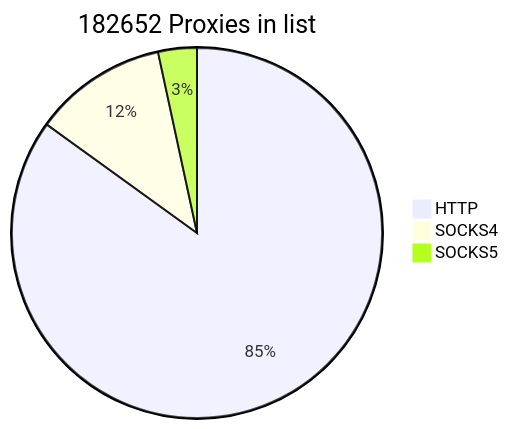
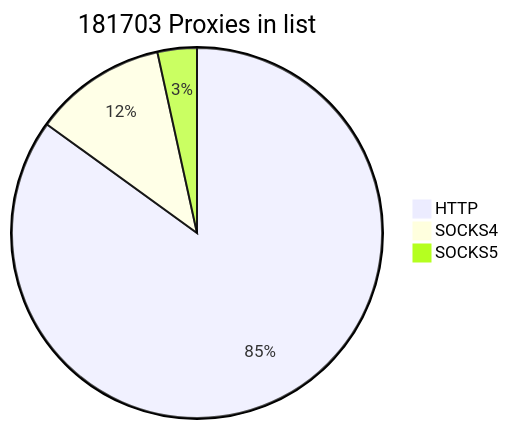
The first of 2 diagrams in README.md (cutipu/proxylist), drawn with Mermaid before and after one commit. The commit also changed other lines of this file, not shown here.

````diff
--- a/README.md
+++ b/README.md
@@ -2,7 +2,7 @@
 ```mermaid
-pie title 182652 Proxies in list
-    "HTTP" : 155172
-    "SOCKS4" : 21308
-    "SOCKS5" : 6172
+pie title 181703 Proxies in list
+    "HTTP" : 154392
+    "SOCKS4" : 21071
+    "SOCKS5" : 6240
             
 ```
````
